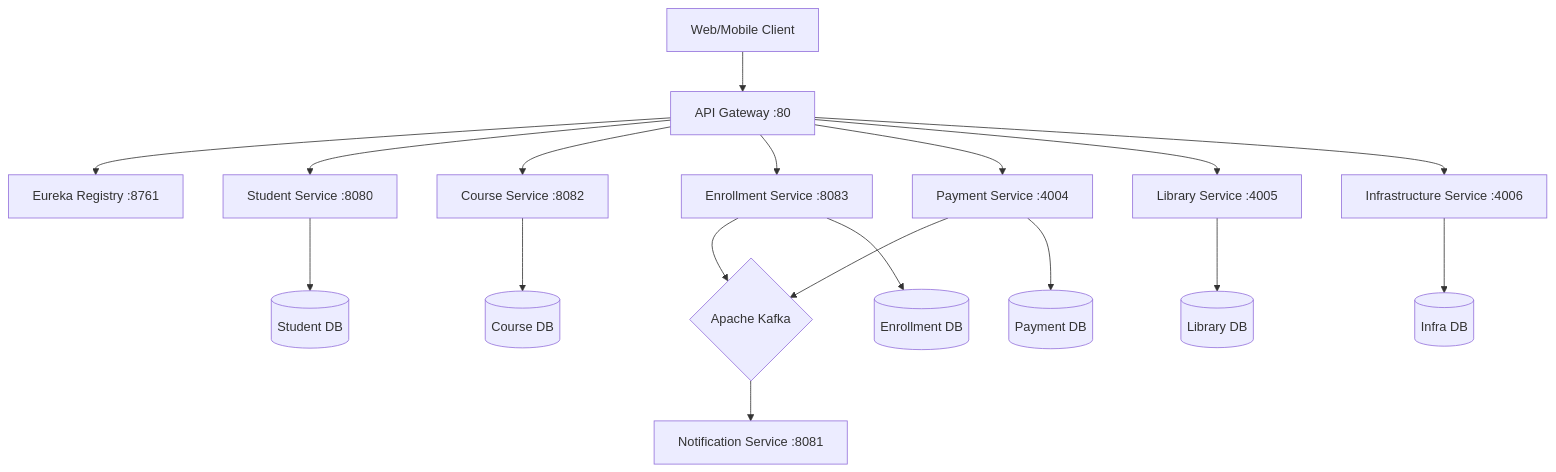
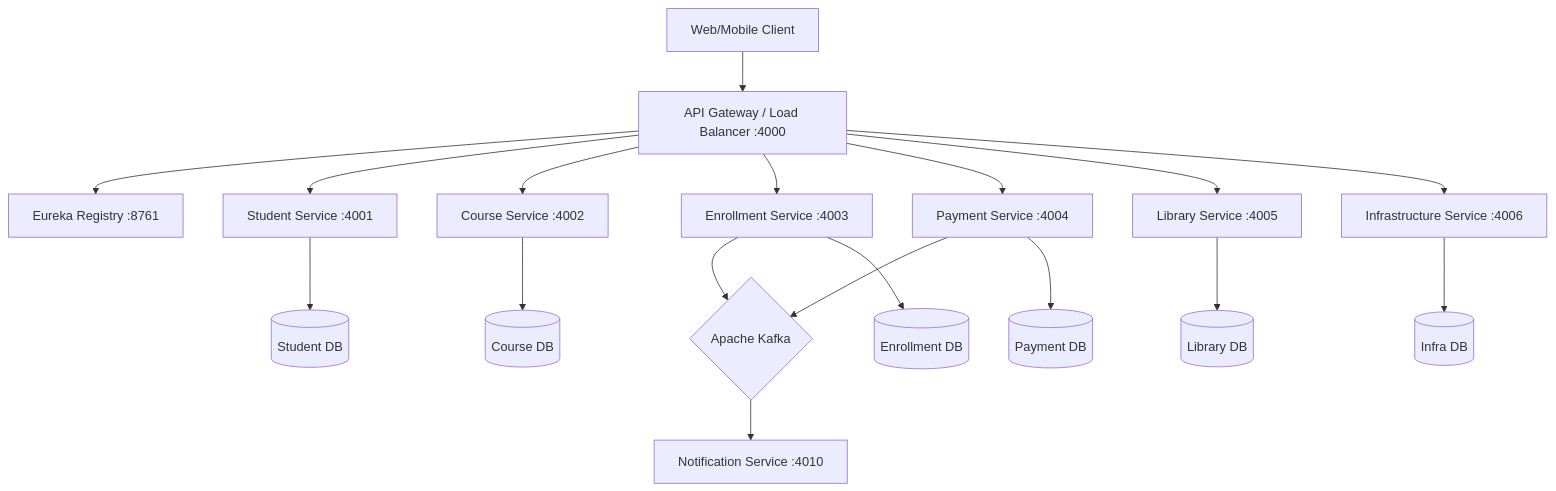
Before and after one commit to parthibanktech/student-management-system-backend: the diagram in README.md, drawn with Mermaid. The commit also changed other lines of this file and 1 other file, not shown here.

Commit message:
Load balancer issue

````diff
--- a/README.md
+++ b/README.md
@@ -18,28 +18,28 @@
 ```mermaid
 graph TD
-    Client[Web/Mobile Client] --> Gateway[API Gateway :80]
+    Client[Web/Mobile Client] --> Gateway[API Gateway / Load Balancer :4000]
     Gateway --> Discovery[Eureka Registry :8761]
     
     %% Core Services
-    Gateway --> Student[Student Service :8080]
-    Gateway --> Course[Course Service :8082]
-    Gateway --> Enroll[Enrollment Service :8083]
+    Gateway --> Student[Student Service :4001]
+    Gateway --> Course[Course Service :4002]
+    Gateway --> Enroll[Enrollment Service :4003]
     
     %% Support Services
     Gateway --> Payment[Payment Service :4004]
     Gateway --> Library[Library Service :4005]
     Gateway --> Infra[Infrastructure Service :4006]
     
     %% Async Communication
     Enroll --> Kafka{Apache Kafka}
     Payment --> Kafka
-    Kafka --> Notify[Notification Service :8081]
+    Kafka --> Notify[Notification Service :4010]
     
     %% Databases
     Student --> DB1[(Student DB)]
     Course --> DB2[(Course DB)]
     Enroll --> DB3[(Enrollment DB)]
     Payment --> DB4[(Payment DB)]
     Library --> DB5[(Library DB)]
     Infra --> DB6[(Infra DB)]
 ```
````
